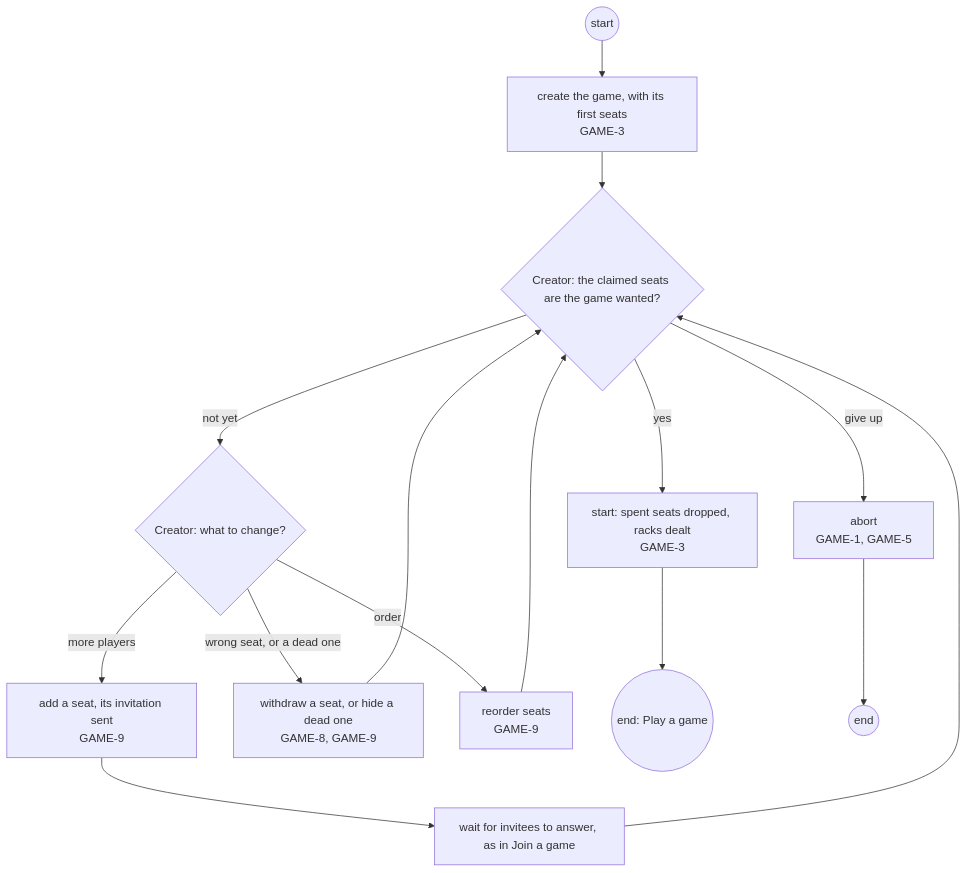
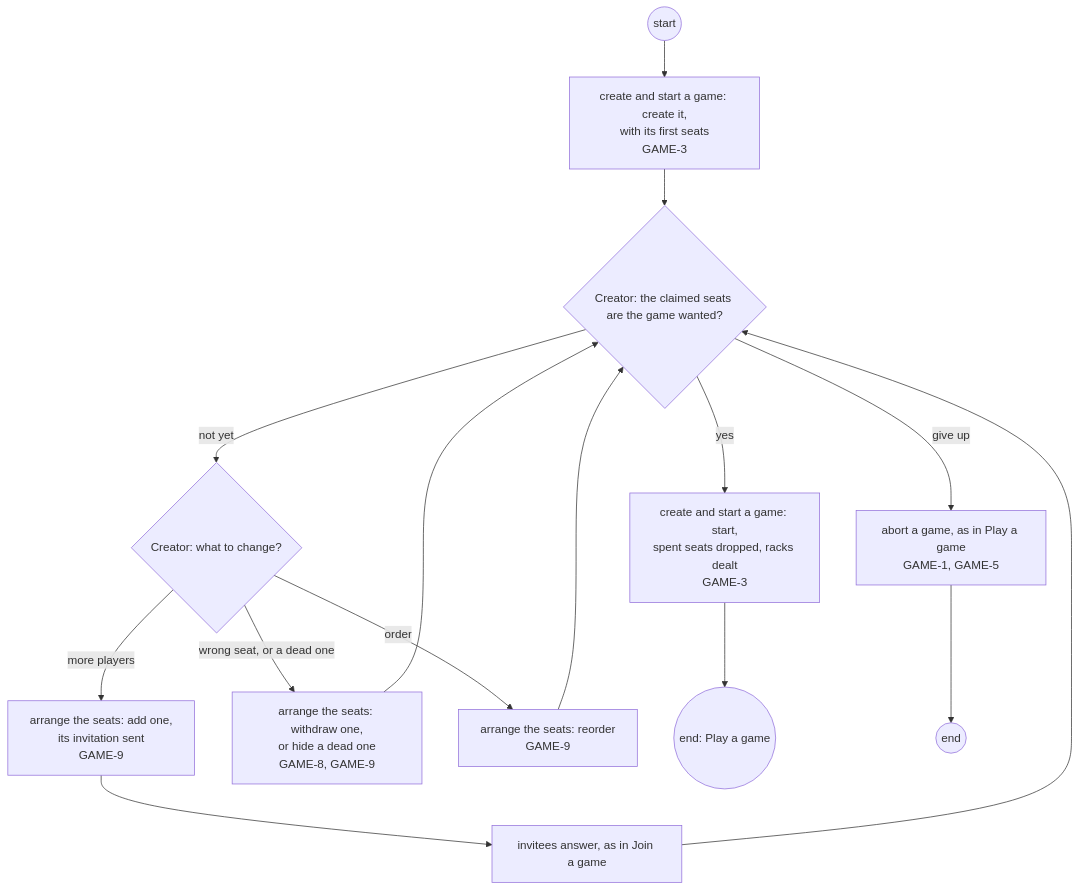
One commit to delphside/programme changed the seventh of 29 diagrams in docs/changes/workstreams/application-game-architecture/71-one-game-model/71-functional.md. Above: the diagram before and after it, drawn with Mermaid. The commit also changed other lines of this file and 1 other file, not shown here.

````diff
--- a/docs/changes/workstreams/application-game-architecture/71-one-game-model/71-functional.md
+++ b/docs/changes/workstreams/application-game-architecture/71-one-game-model/71-functional.md
@@ -183,17 +184,17 @@
 ```mermaid
 flowchart TD
-  s0((start)) --> a1["create the game, with its first seats<br/>GAME-3"]
+  s0((start)) --> a1["create and start a game: create it,<br/>with its first seats<br/>GAME-3"]
   a1 --> d1{"Creator: the claimed seats are the game wanted?"}
   d1 -- "not yet" --> d2{"Creator: what to change?"}
-  d2 -- more players --> a2["add a seat, its invitation sent<br/>GAME-9"]
-  d2 -- "wrong seat, or a dead one" --> a3["withdraw a seat, or hide a dead one<br/>GAME-8, GAME-9"]
-  d2 -- order --> a4["reorder seats<br/>GAME-9"]
-  a2 --> w1["wait for invitees to answer, as in Join a game"]
+  d2 -- more players --> a2["arrange the seats: add one,<br/>its invitation sent<br/>GAME-9"]
+  d2 -- "wrong seat, or a dead one" --> a3["arrange the seats: withdraw one,<br/>or hide a dead one<br/>GAME-8, GAME-9"]
+  d2 -- order --> a4["arrange the seats: reorder<br/>GAME-9"]
+  a2 --> w1["invitees answer, as in Join a game"]
   a3 --> d1
   a4 --> d1
   w1 --> d1
-  d1 -- yes --> a5["start: spent seats dropped, racks dealt<br/>GAME-3"]
-  d1 -- "give up" --> a6["abort<br/>GAME-1, GAME-5"]
+  d1 -- yes --> a5["create and start a game: start,<br/>spent seats dropped, racks dealt<br/>GAME-3"]
+  d1 -- "give up" --> a6["abort a game, as in Play a game<br/>GAME-1, GAME-5"]
   a5 --> e0((end: Play a game))
   a6 --> e1((end))
 ```
````
